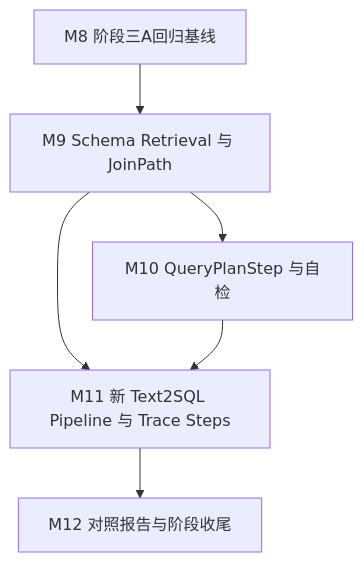
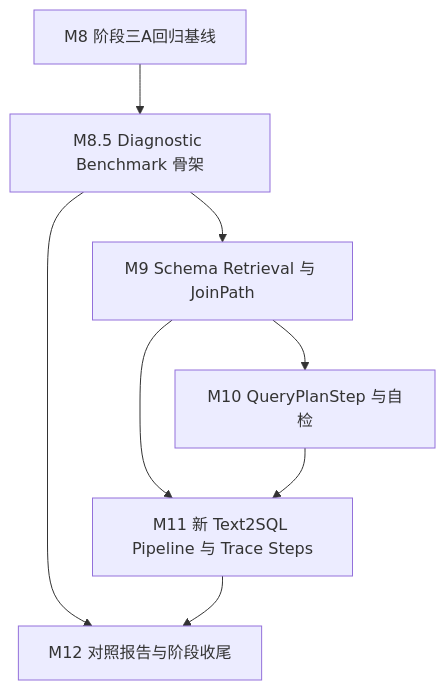
The diagram in docs/phase3a-plan.md (Stephen2366/data-pilot), drawn with Mermaid before and after one commit. The commit also changed other lines of this file and 9 other files, not shown here.

````diff
--- a/docs/phase3a-plan.md
+++ b/docs/phase3a-plan.md
@@ -460,8 +534,10 @@
 ```mermaid
 flowchart TD
-  M8["M8 阶段三A回归基线"] --> M9["M9 Schema Retrieval 与 JoinPath"]
+  M8["M8 阶段三A回归基线"] --> M85["M8.5 Diagnostic Benchmark 骨架"]
+  M85 --> M9["M9 Schema Retrieval 与 JoinPath"]
   M9 --> M10["M10 QueryPlanStep 与自检"]
   M9 --> M11["M11 新 Text2SQL Pipeline 与 Trace Steps"]
   M10 --> M11
+  M85 --> M12["M12 对照报告与阶段收尾"]
   M11 --> M12["M12 对照报告与阶段收尾"]
 ```
````
